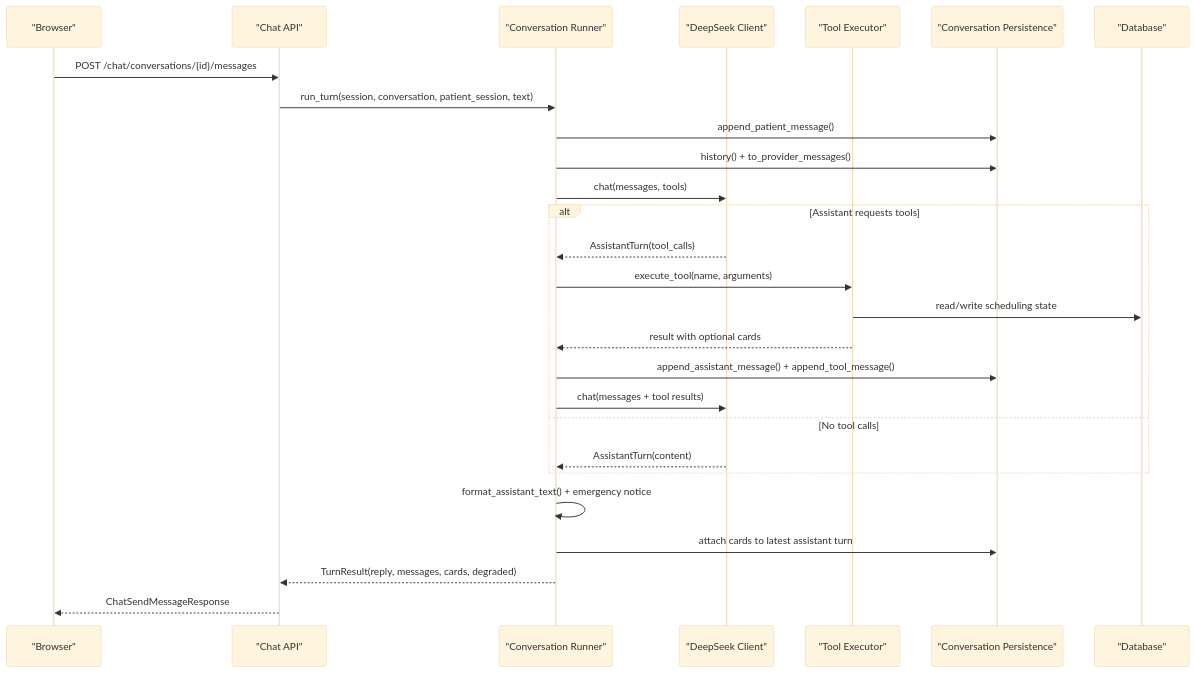
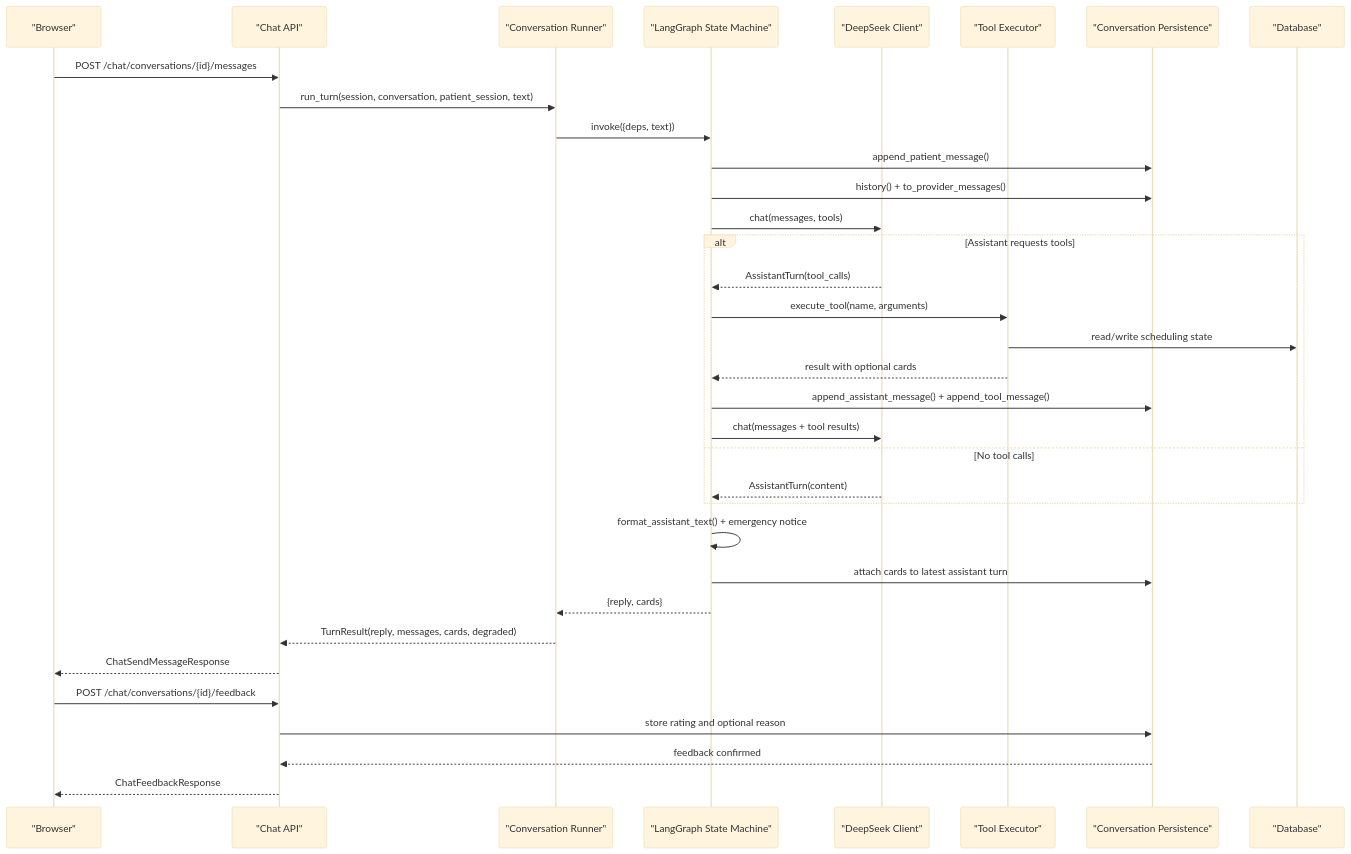
The second of 13 diagrams in .qoder/repowiki/en/content/Patient Workflows/Conversation Management/Conversation Management.md (gokulkaarthicks/dental-chatbot), drawn with Mermaid (base theme) before and after one commit. The commit also changed other lines of this file and 280 other files, not shown here.

````diff
--- a/.qoder/repowiki/en/content/Patient Workflows/Conversation Management/Conversation Management.md
+++ b/.qoder/repowiki/en/content/Patient Workflows/Conversation Management/Conversation Management.md
@@ -105,29 +135,36 @@
 ```mermaid
 sequenceDiagram
 participant Browser as "Browser"
 participant API as "Chat API"
 participant Runner as "Conversation Runner"
+participant Graph as "LangGraph State Machine"
 participant Provider as "DeepSeek Client"
 participant Tools as "Tool Executor"
 participant Persist as "Conversation Persistence"
 participant DB as "Database"
 Browser->>API : POST /chat/conversations/{id}/messages
 API->>Runner : run_turn(session, conversation, patient_session, text)
-Runner->>Persist : append_patient_message()
-Runner->>Persist : history() + to_provider_messages()
-Runner->>Provider : chat(messages, tools)
+Runner->>Graph : invoke({deps, text})
+Graph->>Persist : append_patient_message()
+Graph->>Persist : history() + to_provider_messages()
+Graph->>Provider : chat(messages, tools)
 alt Assistant requests tools
-Provider-->>Runner : AssistantTurn(tool_calls)
-Runner->>Tools : execute_tool(name, arguments)
+Provider-->>Graph : AssistantTurn(tool_calls)
+Graph->>Tools : execute_tool(name, arguments)
 Tools->>DB : read/write scheduling state
-Tools-->>Runner : result with optional cards
-Runner->>Persist : append_assistant_message() + append_tool_message()
-Runner->>Provider : chat(messages + tool results)
+Tools-->>Graph : result with optional cards
+Graph->>Persist : append_assistant_message() + append_tool_message()
+Graph->>Provider : chat(messages + tool results)
 else No tool calls
-Provider-->>Runner : AssistantTurn(content)
+Provider-->>Graph : AssistantTurn(content)
 end
-Runner->>Runner : format_assistant_text() + emergency notice
-Runner->>Persist : attach cards to latest assistant turn
+Graph->>Graph : format_assistant_text() + emergency notice
+Graph->>Persist : attach cards to latest assistant turn
+Graph-->>Runner : {reply, cards}
 Runner-->>API : TurnResult(reply, messages, cards, degraded)
 API-->>Browser : ChatSendMessageResponse
+Browser->>API : POST /chat/conversations/{id}/feedback
+API->>Persist : store rating and optional reason
+Persist-->>API : feedback confirmed
+API-->>Browser : ChatFeedbackResponse
 ```
````
